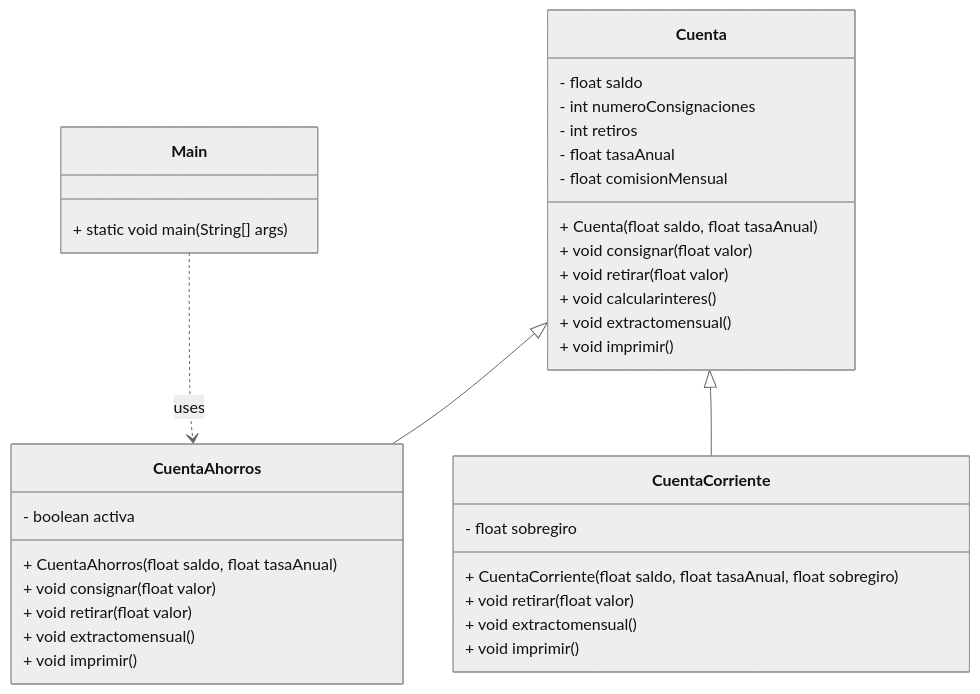
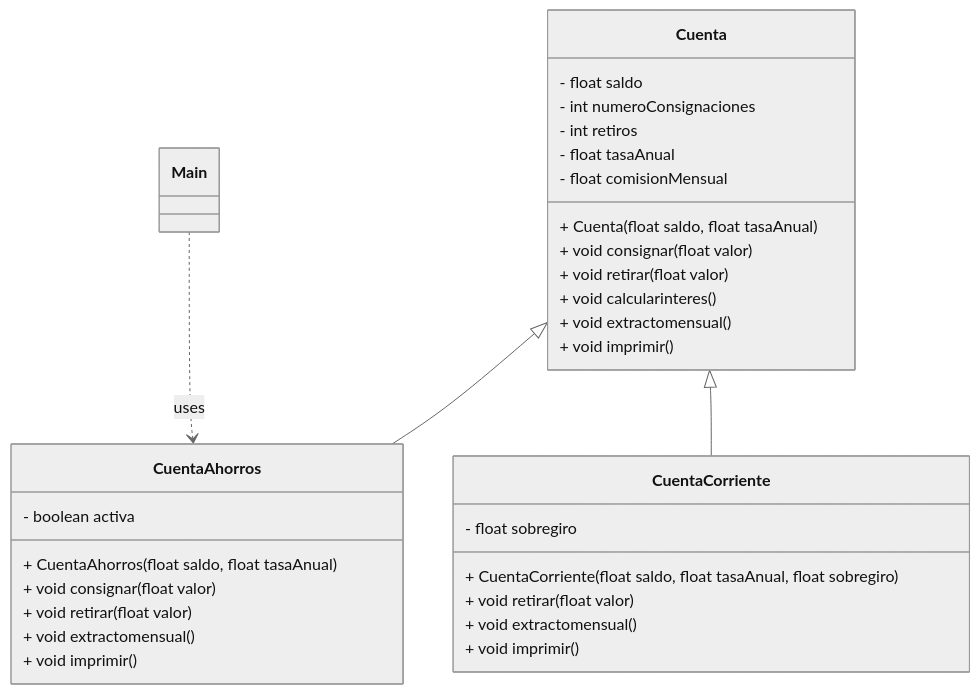
The diagram in README.md (uniajc-gperezm/CuentaBancaria412-01-2026), drawn with Mermaid (neutral theme) before and after one commit.

Commit message:
Diagrama modificado

````diff
--- a/README.md
+++ b/README.md
@@ -7,41 +7,38 @@
 ```mermaid
 classDiagram
     class Cuenta {
         - float saldo
         - int numeroConsignaciones
         - int retiros
         - float tasaAnual
         - float comisionMensual
         + Cuenta(float saldo, float tasaAnual)
         + void consignar(float valor)
         + void retirar(float valor)
         + void calcularinteres()
         + void extractomensual()
         + void imprimir()
     }
 
     class CuentaAhorros {
         - boolean activa
         + CuentaAhorros(float saldo, float tasaAnual)
         + void consignar(float valor)
         + void retirar(float valor)
         + void extractomensual()
         + void imprimir()
     }
 
     class CuentaCorriente {
         - float sobregiro
         + CuentaCorriente(float saldo, float tasaAnual, float sobregiro)
         + void retirar(float valor)
         + void extractomensual()
         + void imprimir()
     }
 
-    class Main {
-        + static void main(String[] args)
-    }
 
     Cuenta <|-- CuentaAhorros
     Cuenta <|-- CuentaCorriente
     Main ..> CuentaAhorros : uses
 ```
````
